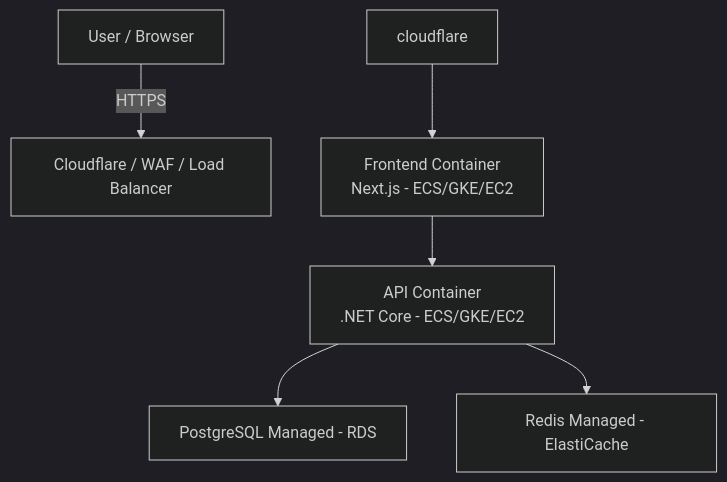
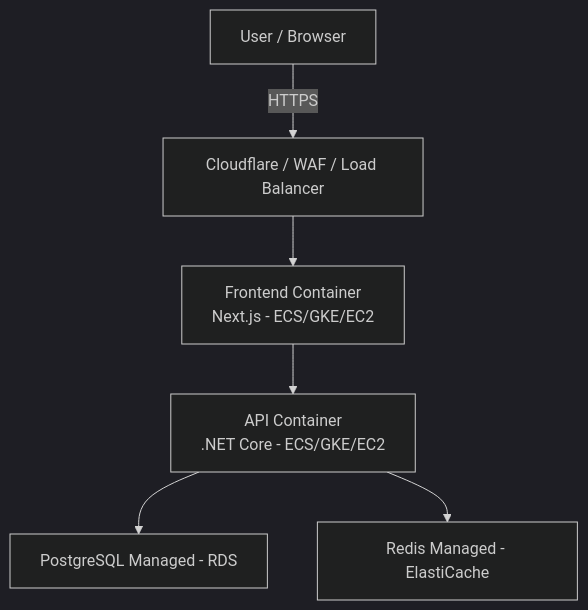
Before and after one commit to jevz/vibe-tools: the second of 3 diagrams in readme.md, drawn with Mermaid (dark theme).

Commit message:
Fix wording in flowchart

````diff
--- a/readme.md
+++ b/readme.md
@@ -118,15 +118,15 @@
 ```mermaid
 flowchart TD
     user[User / Browser]
     reverseProxy[Cloudflare / WAF / Load Balancer]
     frontend[Frontend Container\nNext.js - ECS/GKE/EC2]
     api[API Container\n.NET Core - ECS/GKE/EC2]
     redis[Redis Managed - ElastiCache]
     db[PostgreSQL Managed - RDS]
 
     user -->|HTTPS| reverseProxy
-    cloudflare --> frontend
+    reverseProxy --> frontend
     frontend --> api
     api --> db
     api --> redis
 ```
````
